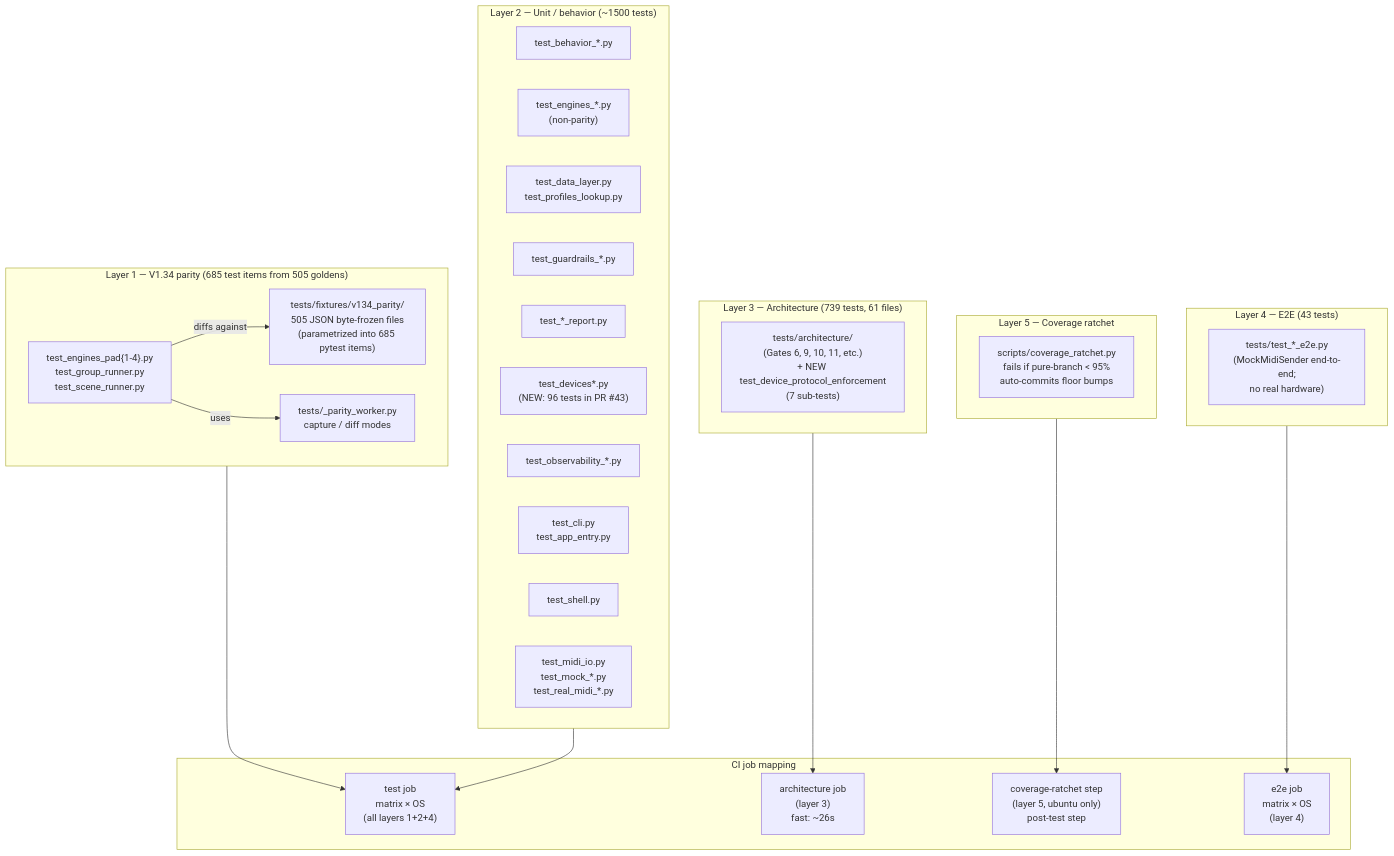
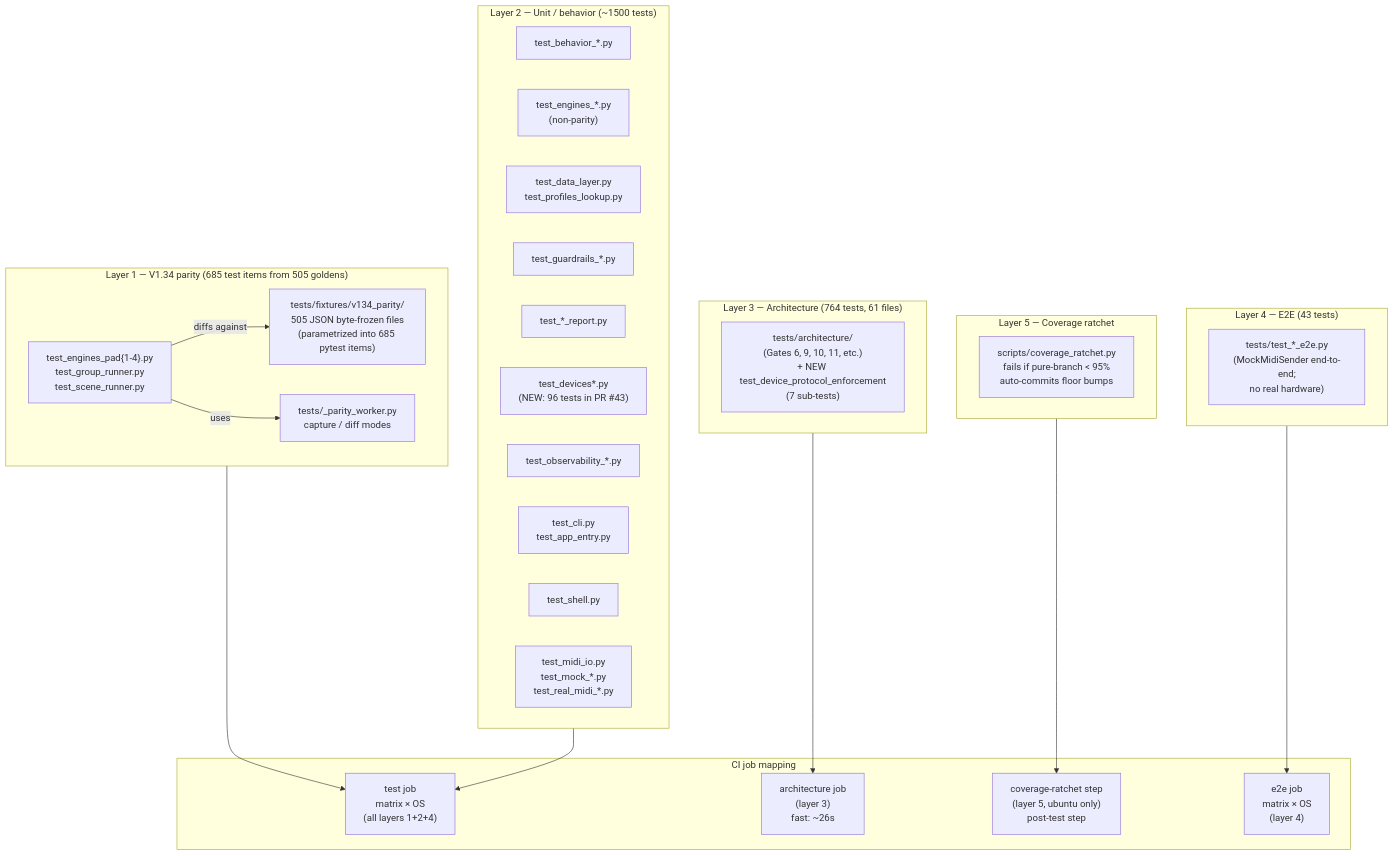
Diagram 13 of 34 in docs/ARCHITECTURE_DIAGRAMS.md (buzzijose-hub/RytmRandomizer), drawn with Mermaid before and after one commit. The commit also changed other lines of this file and 80 other files, not shown here.

````diff
--- a/docs/ARCHITECTURE_DIAGRAMS.md
+++ b/docs/ARCHITECTURE_DIAGRAMS.md
@@ -1005,49 +1035,49 @@
 ```mermaid
 flowchart TB
     subgraph Layer1["Layer 1 — V1.34 parity (685 test items from 505 goldens)"]
         Goldens["tests/fixtures/v134_parity/<br/>505 JSON byte-frozen files<br/>(parametrized into 685 pytest items)"]
         ParityTests["test_engines_pad{1-4}.py<br/>test_group_runner.py<br/>test_scene_runner.py"]
         ParityWorker["tests/_parity_worker.py<br/>capture / diff modes"]
     end
 
     subgraph Layer2["Layer 2 — Unit / behavior (~1500 tests)"]
         BehaviorTests["test_behavior_*.py"]
         EngineUnits["test_engines_*.py<br/>(non-parity)"]
         DataTests["test_data_layer.py<br/>test_profiles_lookup.py"]
         GuardrailsTests["test_guardrails_*.py"]
         ReportsTests["test_*_report.py"]
         DeviceTests["test_devices*.py<br/>(NEW: 96 tests in PR #43)"]
         ObservabilityTests["test_observability_*.py"]
         CliTests["test_cli.py<br/>test_app_entry.py"]
         ShellTests["test_shell.py"]
         MidiTests["test_midi_io.py<br/>test_mock_*.py<br/>test_real_midi_*.py"]
     end
 
-    subgraph Layer3["Layer 3 — Architecture (739 tests, 61 files)"]
+    subgraph Layer3["Layer 3 — Architecture (764 tests, 61 files)"]
         ArchTests["tests/architecture/<br/>(Gates 6, 9, 10, 11, etc.)<br/>+ NEW test_device_protocol_enforcement<br/>(7 sub-tests)"]
     end
 
     subgraph Layer4["Layer 4 — E2E (43 tests)"]
         E2ETests["tests/test_*_e2e.py<br/>(MockMidiSender end-to-end;<br/>no real hardware)"]
     end
 
     subgraph Layer5["Layer 5 — Coverage ratchet"]
         CovScript["scripts/coverage_ratchet.py<br/>fails if pure-branch < 95%<br/>auto-commits floor bumps"]
     end
 
     subgraph CIJobs["CI job mapping"]
         TestJob["test job<br/>matrix × OS<br/>(all layers 1+2+4)"]
         ArchJob["architecture job<br/>(layer 3)<br/>fast: ~26s"]
         CovJob["coverage-ratchet step<br/>(layer 5, ubuntu only)<br/>post-test step"]
         E2EJob["e2e job<br/>matrix × OS<br/>(layer 4)"]
     end
 
     Layer1 --> TestJob
     Layer2 --> TestJob
     Layer3 --> ArchJob
     Layer4 --> E2EJob
     Layer5 --> CovJob
 
     ParityTests -->|"diffs against"| Goldens
     ParityTests -->|"uses"| ParityWorker
 ```
````
